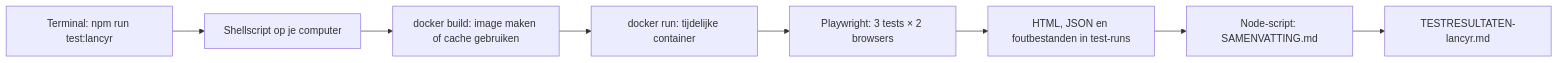
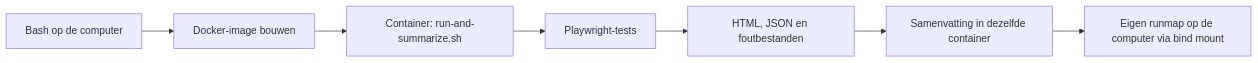
Before and after one commit to Nukem17/SQ1_playwright_Autover: the diagram in DOCUMENTATIE-PRESENTATIE.md, drawn with Mermaid. The commit also changed other lines of this file and 7 other files, not shown here.

````diff
--- a/DOCUMENTATIE-PRESENTATIE.md
+++ b/DOCUMENTATIE-PRESENTATIE.md
@@ -35,10 +17,9 @@
 ```mermaid
 flowchart LR
-    A[Terminal: npm run test:lancyr] --> B[Shellscript op je computer]
-    B --> C[docker build: image maken of cache gebruiken]
-    C --> D[docker run: tijdelijke container]
-    D --> E[Playwright: 3 tests × 2 browsers]
-    E --> F[HTML, JSON en foutbestanden in test-runs]
-    F --> G[Node-script: SAMENVATTING.md]
-    G --> H[TESTRESULTATEN-lancyr.md]
+    A[Bash op de computer] --> B[Docker-image bouwen]
+    B --> C[Container: run-and-summarize.sh]
+    C --> D[Playwright-tests]
+    D --> E[HTML, JSON en foutbestanden]
+    E --> F[Samenvatting in dezelfde container]
+    F --> G[Eigen runmap op de computer via bind mount]
 ```
````
